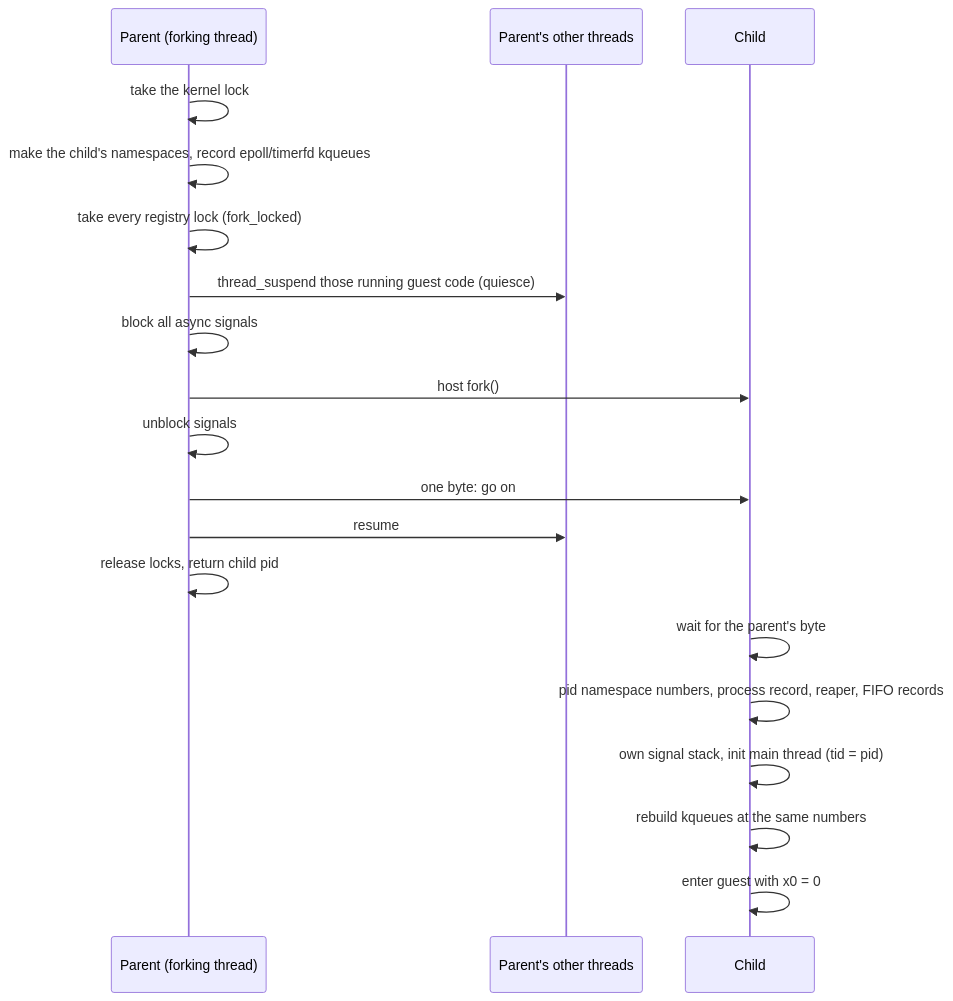
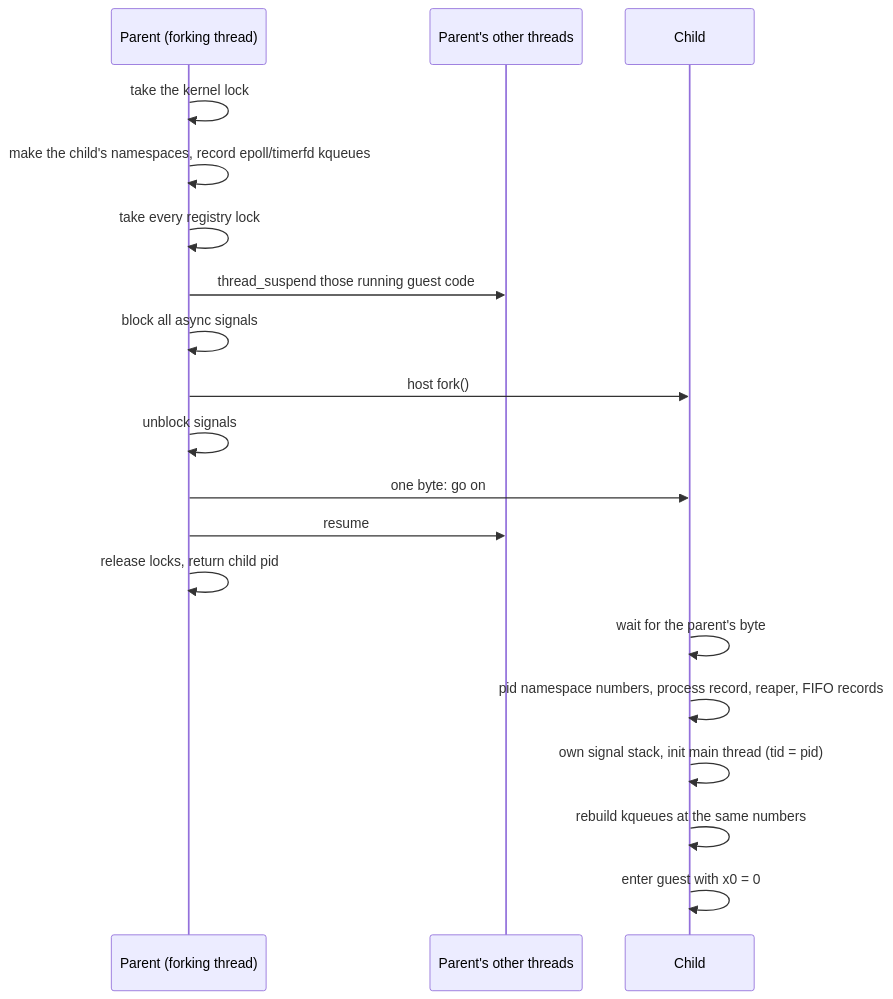
One commit to e6qu/fun-with-emulators changed the eighth of 14 diagrams in docs/linux-on-macos.md. Above: the diagram before and after it, drawn with Mermaid. The commit also changed other lines of this file and 25 other files, not shown here.

````diff
--- a/docs/linux-on-macos.md
+++ b/docs/linux-on-macos.md
@@ -1194,21 +1746,21 @@
 ```mermaid
 sequenceDiagram
     participant P as Parent (forking thread)
     participant T as Parent's other threads
     participant C as Child
     P->>P: take the kernel lock
     P->>P: make the child's namespaces, record epoll/timerfd kqueues
-    P->>P: take every registry lock (fork_locked)
-    P->>T: thread_suspend those running guest code (quiesce)
+    P->>P: take every registry lock
+    P->>T: thread_suspend those running guest code
     P->>P: block all async signals
     P->>C: host fork()
     P->>P: unblock signals
     P->>C: one byte: go on
     P->>T: resume
     P->>P: release locks, return child pid
     C->>C: wait for the parent's byte
     C->>C: pid namespace numbers, process record, reaper, FIFO records
     C->>C: own signal stack, init main thread (tid = pid)
     C->>C: rebuild kqueues at the same numbers
     C->>C: enter guest with x0 = 0
 ```
````
